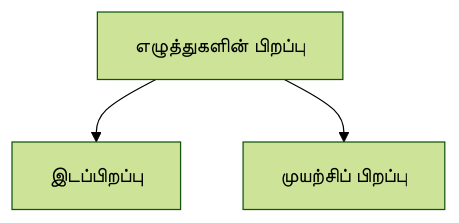
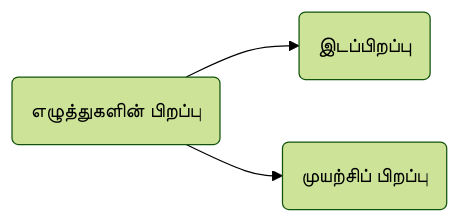
The diagram in இலக்கணம்/1.எழுத்துகளின் பிறப்பு.md (gharishkumar/Tamil), drawn with Mermaid (forest theme) before and after one commit. The commit also changed other lines of this file and 9 other files, not shown here.

````diff
--- a/இலக்கணம்/1.எழுத்துகளின் பிறப்பு.md
+++ b/இலக்கணம்/1.எழுத்துகளின் பிறப்பு.md
@@ -5,6 +6,6 @@
 ```mermaid
-graph TD;
-	A["எழுத்துகளின் பிறப்பு"]
-    A-->B["இடப்பிறப்பு"];
-    A-->C["முயற்சிப் பிறப்பு"];
+graph LR;
+	A("எழுத்துகளின் பிறப்பு");
+    A-->B("இடப்பிறப்பு");
+    A-->C("முயற்சிப் பிறப்பு");
 ```
````
